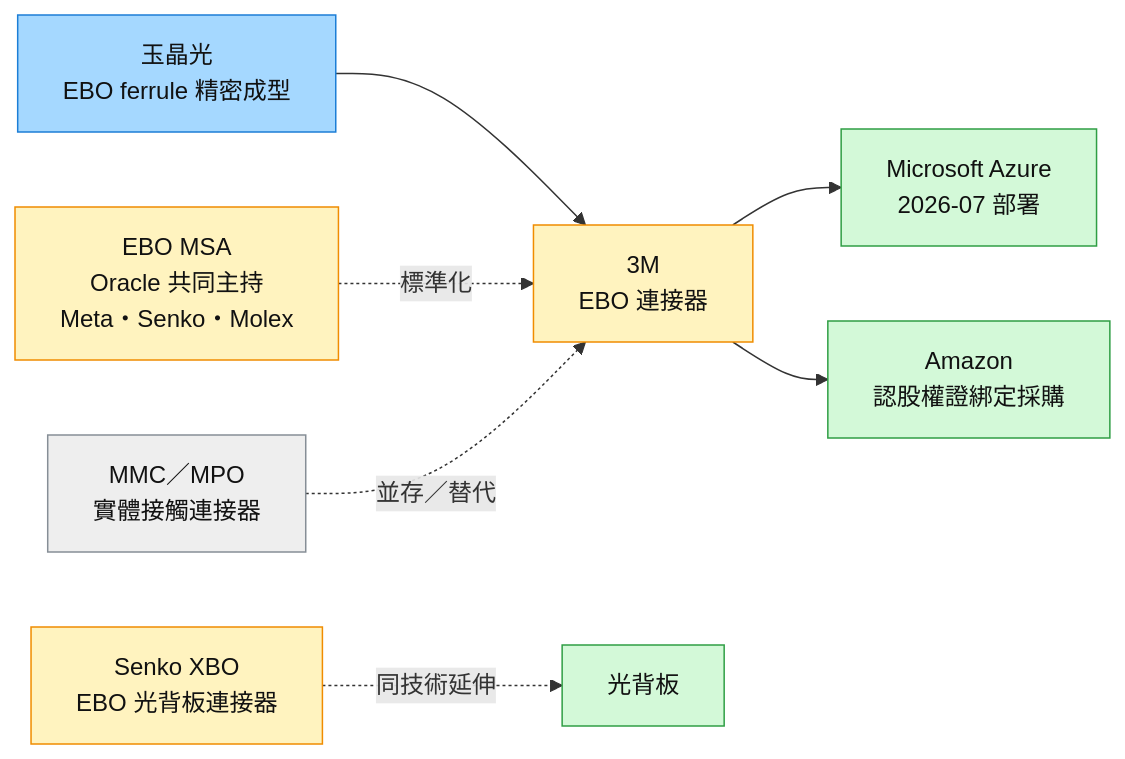
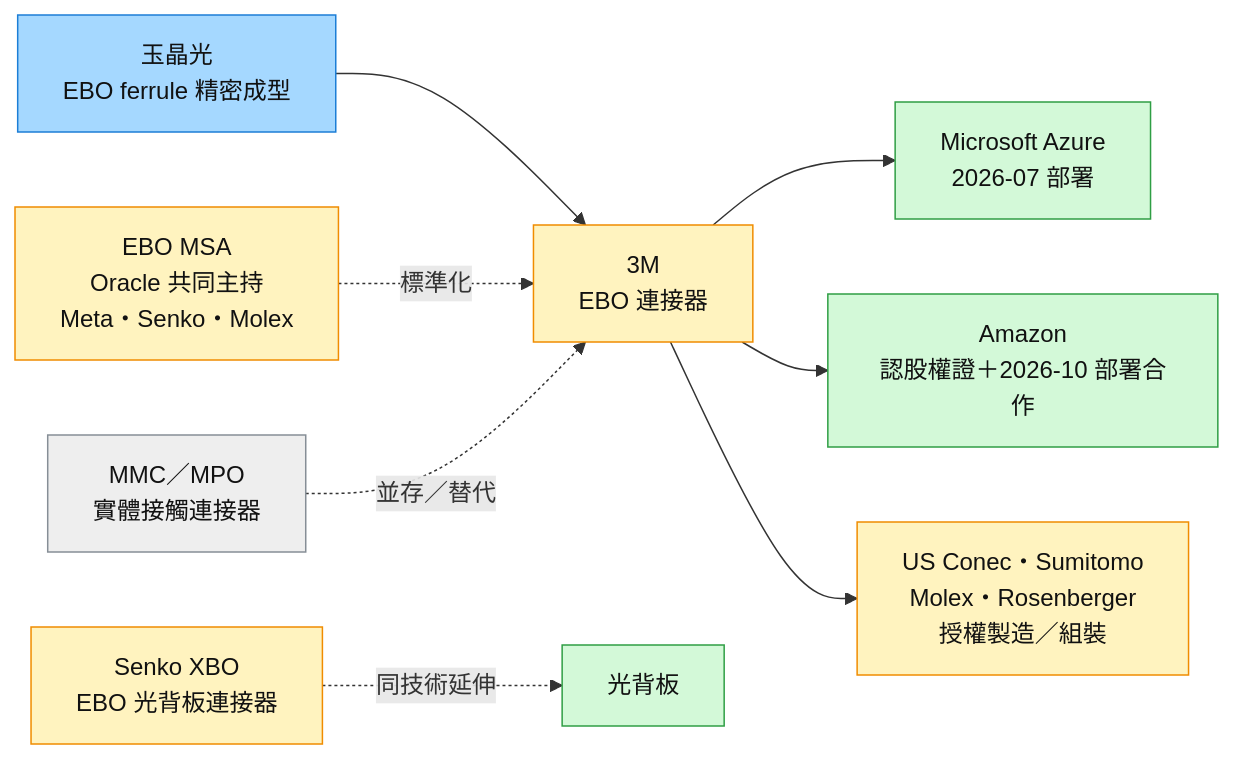
The diagram in content/lib/2.tech/技術_EBO擴束連接器.md (kevn950324/wiki_Stockv2), drawn with Mermaid before and after one commit. The commit also changed other lines of this file and 130 other files, not shown here.

````diff
--- a/content/lib/2.tech/技術_EBO擴束連接器.md
+++ b/content/lib/2.tech/技術_EBO擴束連接器.md
@@ -41,17 +45,18 @@
 ```mermaid
 flowchart LR
     G[玉晶光<br/>EBO ferrule 精密成型] --> M[3M<br/>EBO 連接器]
     MSA[EBO MSA<br/>Oracle 共同主持<br/>Meta・Senko・Molex] -.標準化.-> M
     M --> AZ[Microsoft Azure<br/>2026-07 部署]
-    M --> AWS[Amazon<br/>認股權證綁定採購]
+    M --> AWS[Amazon<br/>認股權證＋2026-10 部署合作]
+    M --> ASM[US Conec・Sumitomo<br/>Molex・Rosenberger<br/>授權製造／組裝]
     S[Senko XBO<br/>EBO 光背板連接器] -.同技術延伸.-> BP[光背板]
     MMC[MMC／MPO<br/>實體接觸連接器] -.並存／替代.-> M
     classDef supply fill:#a5d8ff,stroke:#1c7ed6,color:#111;
     classDef brand fill:#fff3bf,stroke:#f08c00,color:#111;
     classDef user fill:#d3f9d8,stroke:#2f9e44,color:#111;
     classDef alt fill:#eeeeee,stroke:#868e96,color:#111;
     class G supply;
-    class M,MSA,S brand;
+    class M,MSA,S,ASM brand;
     class AZ,AWS,BP user;
     class MMC alt;
 ```
````
